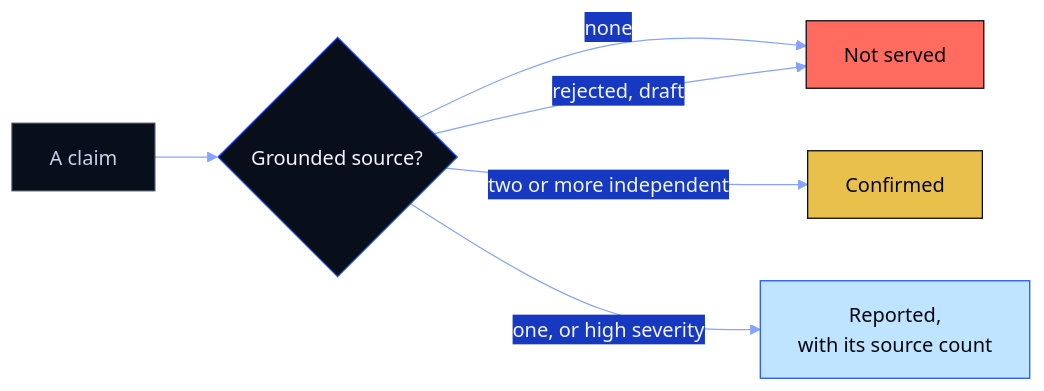
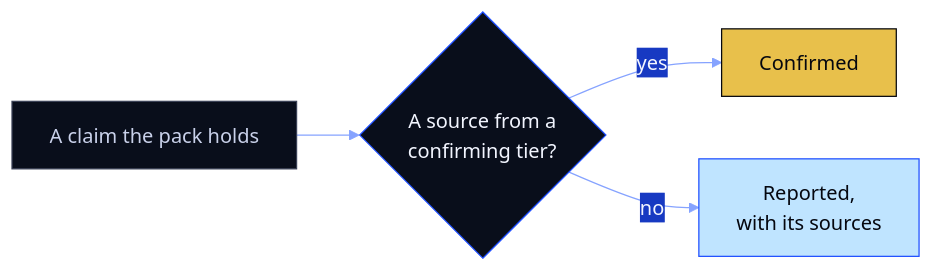
Before and after one commit to Berbadov/kriko: the fourth of 4 diagrams in docs/USAGE.md, drawn with Mermaid. The commit also changed other lines of this file and 10 other files, not shown here.

````diff
--- a/docs/USAGE.md
+++ b/docs/USAGE.md
@@ -207,13 +234,11 @@
 ```mermaid
 %%{init: {"theme":"base","themeVariables":{"fontFamily":"ui-monospace, SFMono-Regular, Consolas, monospace","primaryColor":"#090E1B","primaryTextColor":"#F2F5FF","primaryBorderColor":"#1F4FFF","lineColor":"#86A3FF","secondaryColor":"#1739C2","tertiaryColor":"#080B16","noteBkgColor":"#BFE4FF","noteTextColor":"#05070F","actorBkg":"#090E1B","actorTextColor":"#F2F5FF","actorBorder":"#1F4FFF","signalColor":"#86A3FF","signalTextColor":"#86A3FF"}}}%%
 flowchart LR
-    C["A claim"]:::plain --> G{"Grounded source?"}
-    G -->|none| N["Not served"]:::danger
-    G -->|"rejected, draft"| N
-    G -->|"two or more independent"| V["Confirmed"]:::mark
-    G -->|"one, or high severity"| R["Reported,<br/>with its source count"]:::ice
+    C["A claim the pack holds"]:::plain --> S{"A source from a<br/>confirming tier?"}
+    S -- yes --> V["Confirmed"]:::mark
+    S -- no --> R["Reported,<br/>with its sources"]:::ice
     classDef plain  fill:#090E1B,stroke:#3A4156,color:#C9D1EA
     classDef ice    fill:#BFE4FF,stroke:#1F4FFF,color:#05070F
     classDef danger fill:#FF6B5E,stroke:#05070F,color:#05070F
     classDef mark   fill:#E8C04B,stroke:#05070F,color:#05070F
 ```
````
